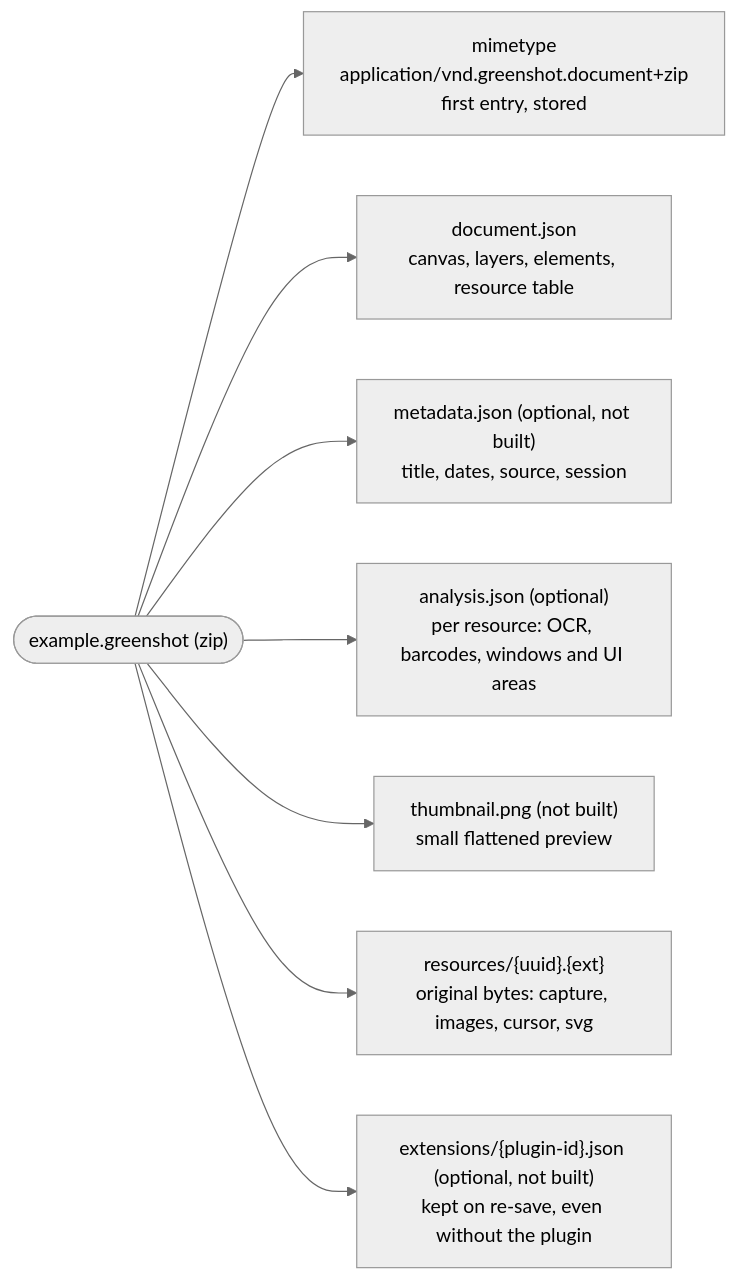
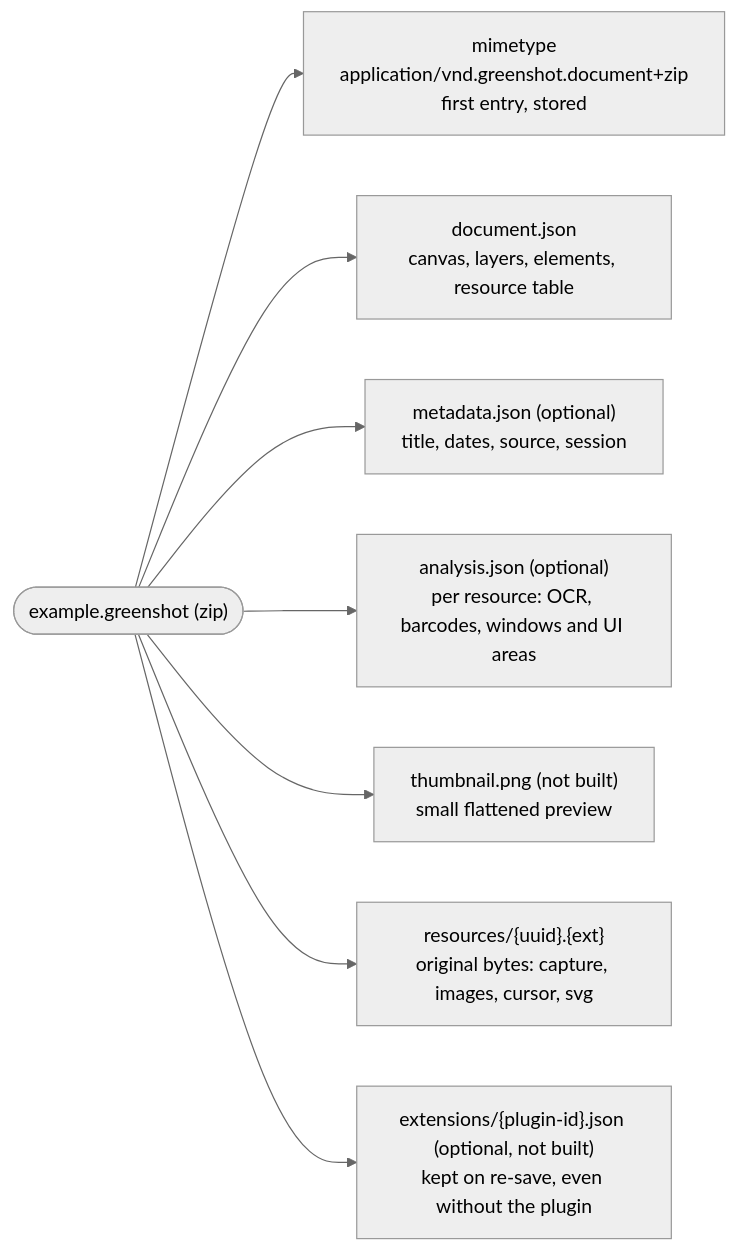
One commit to greenshot/greenshot changed the fourth of 5 diagrams in docs/document-model.md. Above: the diagram before and after it, drawn with Mermaid (neutral theme). The commit also changed other lines of this file and 8 other files, not shown here.

First line of the commit message:
Document model: metadata.json with title, dates, source and session, filled from the editor's capture details

````diff
--- a/docs/document-model.md
+++ b/docs/document-model.md
@@ -630,11 +640,11 @@
 ```mermaid
 flowchart LR
     Zip(["example.greenshot (zip)"])
     Zip --> Mimetype["mimetype<br/>application/vnd.greenshot.document+zip<br/>first entry, stored"]
     Zip --> DocumentJson["document.json<br/>canvas, layers, elements, resource table"]
-    Zip --> Metadata["metadata.json (optional, not built)<br/>title, dates, source, session"]
+    Zip --> Metadata["metadata.json (optional)<br/>title, dates, source, session"]
     Zip --> Analysis["analysis.json (optional)<br/>per resource: OCR, barcodes, windows and UI areas"]
     Zip --> Thumbnail["thumbnail.png (not built)<br/>small flattened preview"]
     Zip --> Resources["resources/{uuid}.{ext}<br/>original bytes: capture, images, cursor, svg"]
     Zip --> Extensions["extensions/{plugin-id}.json (optional, not built)<br/>kept on re-save, even without the plugin"]
 ```
````
